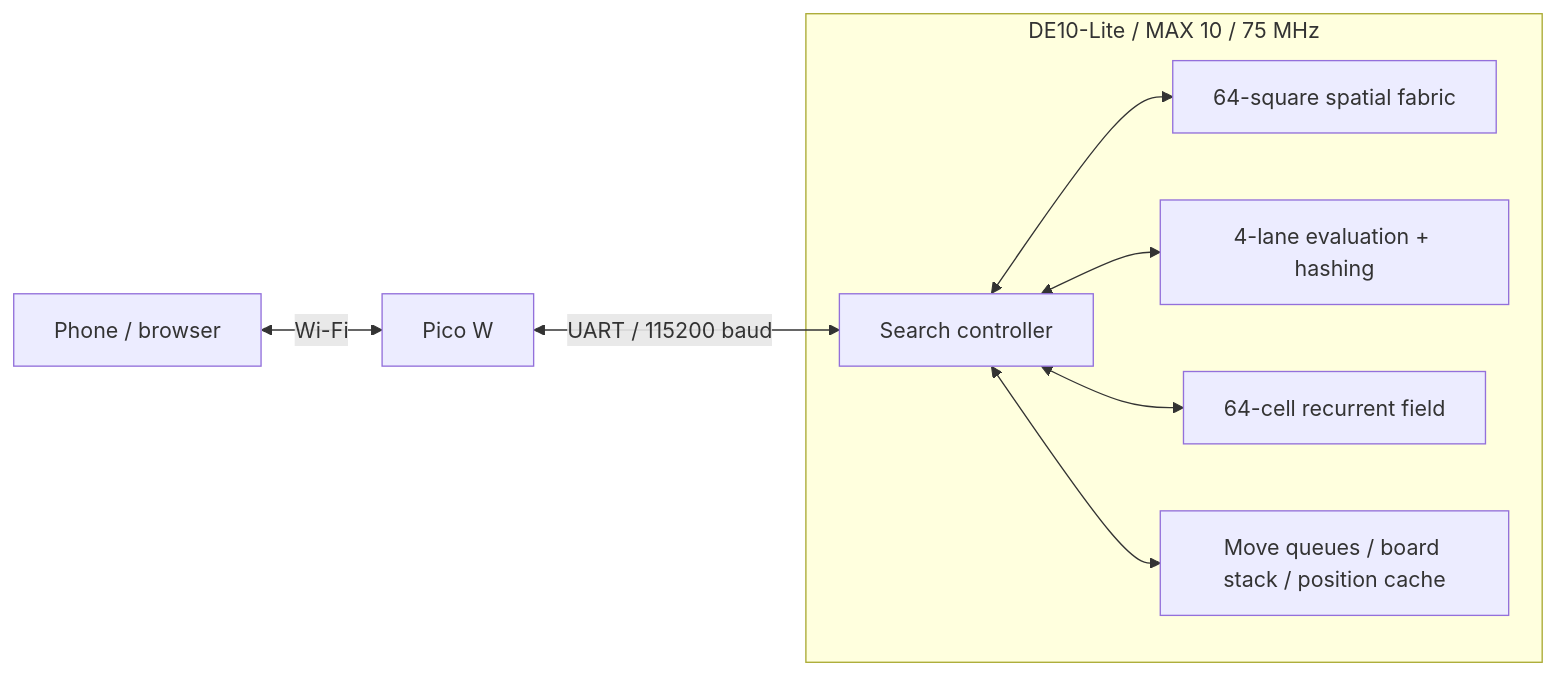
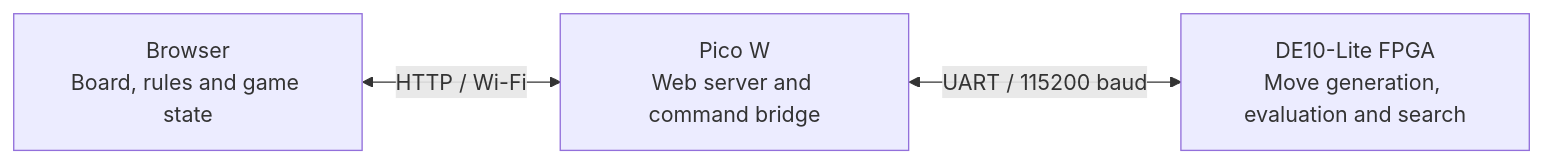
Before and after one commit to phase0noise/DE10LiteChess: the diagram in README.md, drawn with Mermaid. The commit also changed other lines of this file and 26 other files, not shown here.

Commit message:
Focus repository on DE10-Lite and document system architecture

````diff
--- a/README.md
+++ b/README.md
@@ -45,11 +26,5 @@
 ```mermaid
 flowchart LR
-    Browser["Phone / browser"] <-->|Wi-Fi| Pico["Pico W"]
-    Pico <-->|"UART / 115200 baud"| Controller
-    subgraph FPGA["DE10-Lite / MAX 10 / 75 MHz"]
-        Controller["Search controller"] <--> Spatial["64-square spatial fabric"]
-        Controller <--> Eval["4-lane evaluation + hashing"]
-        Controller <--> Field["64-cell recurrent field"]
-        Controller <--> RAM["Move queues / board stack / position cache"]
-    end
+    Browser["Browser<br/>Board, rules and game state"] <-->|"HTTP / Wi-Fi"| Pico["Pico W<br/>Web server and command bridge"]
+    Pico <-->|"UART / 115200 baud"| FPGA["DE10-Lite FPGA<br/>Move generation, evaluation and search"]
 ```
````
